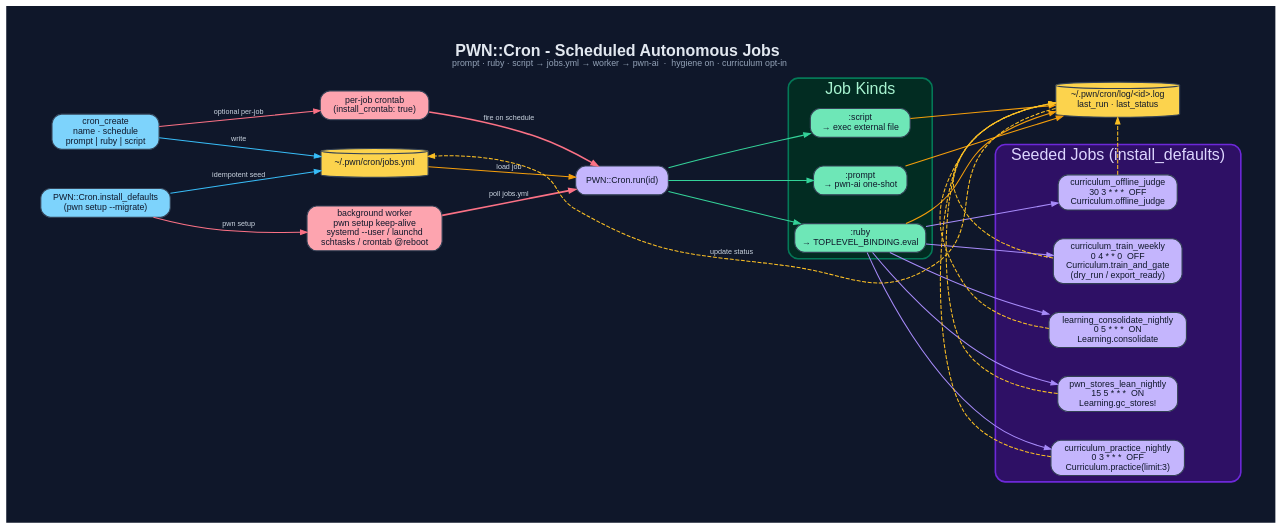
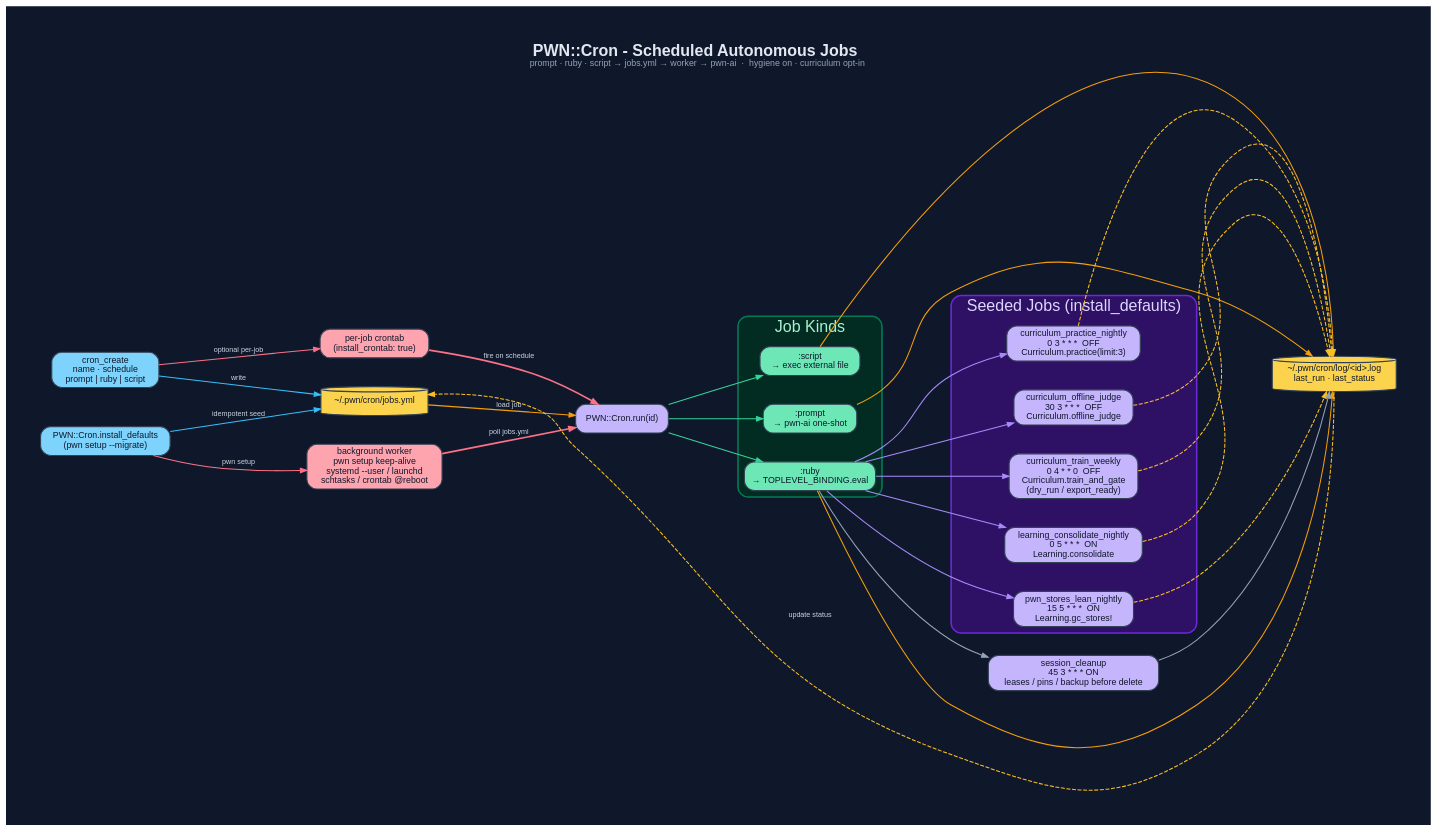
Before and after one commit to 0dayInc/pwn: the diagram in documentation/diagrams/dot/cron-scheduling.dot, drawn with Graphviz. The commit also changed 94 other files, not shown here.

```diff
--- a/documentation/diagrams/dot/cron-scheduling.dot
+++ b/documentation/diagrams/dot/cron-scheduling.dot
@@ -1,68 +1,70 @@
 digraph "PWN_Cron" {
   graph [
     label=<<B>PWN::Cron - Scheduled Autonomous Jobs</B><BR/><FONT POINT-SIZE="11" COLOR="#94a3b8">prompt · ruby · script → jobs.yml → worker → pwn-ai  ·  hygiene on · curriculum opt-in</FONT>>,
     labelloc=t, fontsize=20, fontname="Helvetica",
     rankdir=LR, splines=spline, nodesep=0.5, ranksep=1.3,
     bgcolor="#0f172a", fontcolor="#e2e8f0", pad=0.6, newrank=true
   ];
   node [fontname="Helvetica", fontsize=11, style="filled,rounded",
         shape=box, penwidth=1.4, color="#334155", fontcolor="#0f172a"];
   edge [fontname="Helvetica", fontsize=9, color="#94a3b8",
         fontcolor="#cbd5e1", penwidth=1.3, arrowsize=0.8];
 
   Create  [label="cron_create\nname · schedule\nprompt | ruby | script", fillcolor="#7dd3fc"];
   Seed    [label="PWN::Cron.install_defaults\n(pwn setup --migrate)", fillcolor="#7dd3fc"];
   {rank=same; Create; Seed}
 
   Jobs    [label="~/.pwn/cron/jobs.yml", shape=cylinder, fillcolor="#fcd34d"];
   Crontab [label="per-job crontab\n(install_crontab: true)", fillcolor="#fda4af"];
   Worker  [label="background worker\npwn setup keep-alive\nsystemd --user / launchd\nschtasks / crontab @reboot", fillcolor="#fda4af"];
   Runner  [label="PWN::Cron.run(id)", fillcolor="#c4b5fd"];
 
   subgraph cluster_kinds {
     label="Job Kinds"; fontcolor="#a7f3d0"; style=rounded;
     color="#047857"; bgcolor="#022c22"; penwidth=2;
     Prompt [label=":prompt\n→ pwn-ai one-shot", fillcolor="#6ee7b7"];
     Ruby   [label=":ruby\n→ TOPLEVEL_BINDING.eval", fillcolor="#6ee7b7"];
     Script [label=":script\n→ exec external file", fillcolor="#6ee7b7"];
   }
   {rank=same; Prompt; Ruby; Script}
 
   subgraph cluster_seed {
     label="Seeded Jobs (install_defaults)"; fontcolor="#ddd6fe"; style=rounded;
     color="#6d28d9"; bgcolor="#2e1065"; penwidth=2;
     Practice [label="curriculum_practice_nightly\n0 3 * * *  OFF\nCurriculum.practice(limit:3)", fillcolor="#c4b5fd"];
     Offline  [label="curriculum_offline_judge\n30 3 * * *  OFF\nCurriculum.offline_judge", fillcolor="#c4b5fd"];
     Train    [label="curriculum_train_weekly\n0 4 * * 0  OFF\nCurriculum.train_and_gate\n(dry_run / export_ready)", fillcolor="#c4b5fd"];
     MemGC    [label="learning_consolidate_nightly\n0 5 * * *  ON\nLearning.consolidate", fillcolor="#c4b5fd"];
     Lean     [label="pwn_stores_lean_nightly\n15 5 * * *  ON\nLearning.gc_stores!", fillcolor="#c4b5fd"];
   }
   {rank=same; Practice; Offline; Train; MemGC; Lean}
 
+  Cleanup [label="session_cleanup\n45 3 * * * ON\nleases / pins / backup before delete", fillcolor="#c4b5fd"];
+  Ruby -> Cleanup; Cleanup -> Log;
   Log [label="~/.pwn/cron/log/<id>.log\nlast_run · last_status", shape=cylinder, fillcolor="#fcd34d"];
 
   Create  -> Jobs    [label="write", color="#38bdf8"];
   Seed    -> Jobs    [label="idempotent seed", color="#38bdf8"];
   Create  -> Crontab [label="optional per-job", color="#fb7185"];
   Seed    -> Worker  [label="pwn setup", color="#fb7185"];
   Crontab -> Runner  [label="fire on schedule", color="#fb7185", penwidth=2];
   Worker  -> Runner  [label="poll jobs.yml", color="#fb7185", penwidth=2];
   Jobs    -> Runner  [label="load job", color="#f59e0b"];
   Runner  -> Prompt  [color="#34d399"];
   Runner  -> Ruby    [color="#34d399"];
   Runner  -> Script  [color="#34d399"];
   Ruby    -> Practice [color="#a78bfa"];
   Ruby    -> Offline  [color="#a78bfa"];
   Ruby    -> Train    [color="#a78bfa"];
   Ruby    -> MemGC    [color="#a78bfa"];
   Ruby    -> Lean     [color="#a78bfa"];
   Prompt  -> Log [color="#f59e0b"];
   Ruby    -> Log [color="#f59e0b"];
   Script  -> Log [color="#f59e0b"];
   Log     -> Jobs [label="update status", style=dashed, color="#fbbf24", constraint=false];
   Practice -> Log [style=dashed, color="#fbbf24", constraint=false];
   Offline  -> Log [style=dashed, color="#fbbf24", constraint=false];
   Train    -> Log [style=dashed, color="#fbbf24", constraint=false];
   MemGC    -> Log [style=dashed, color="#fbbf24", constraint=false];
   Lean     -> Log [style=dashed, color="#fbbf24", constraint=false];
 }
```
